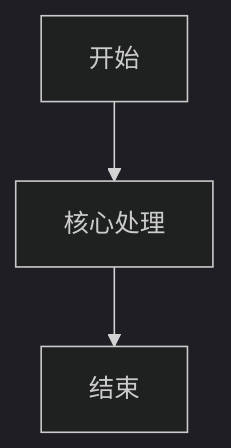
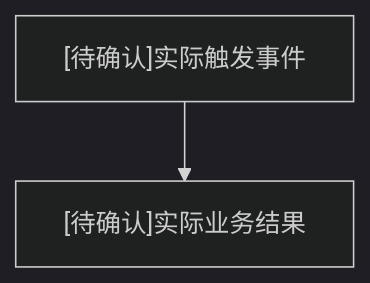
Before and after one commit to zahngpeng/build-product-doc: the first of 2 diagrams in assets/模板/业务模块主文档/业务流程与状态流转模板.md, drawn with Mermaid (dark theme). The commit also changed other lines of this file and 27 other files, not shown here.

````diff
--- a/assets/模板/业务模块主文档/业务流程与状态流转模板.md
+++ b/assets/模板/业务模块主文档/业务流程与状态流转模板.md
@@ -36,5 +36,4 @@
 ```mermaid
 flowchart TD
-    A["开始"] --> B["核心处理"]
-    B --> C["结束"]
+    A["[待确认]实际触发事件"] --> B["[待确认]实际业务结果"]
 ```
````
